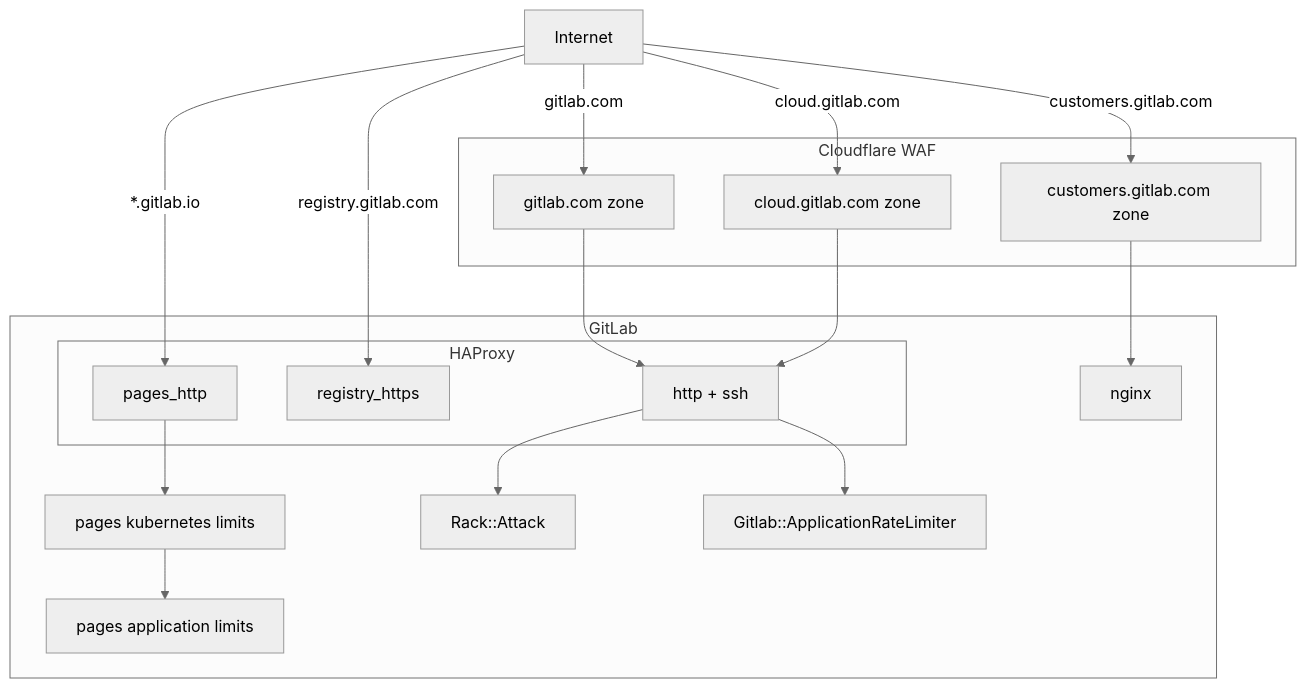
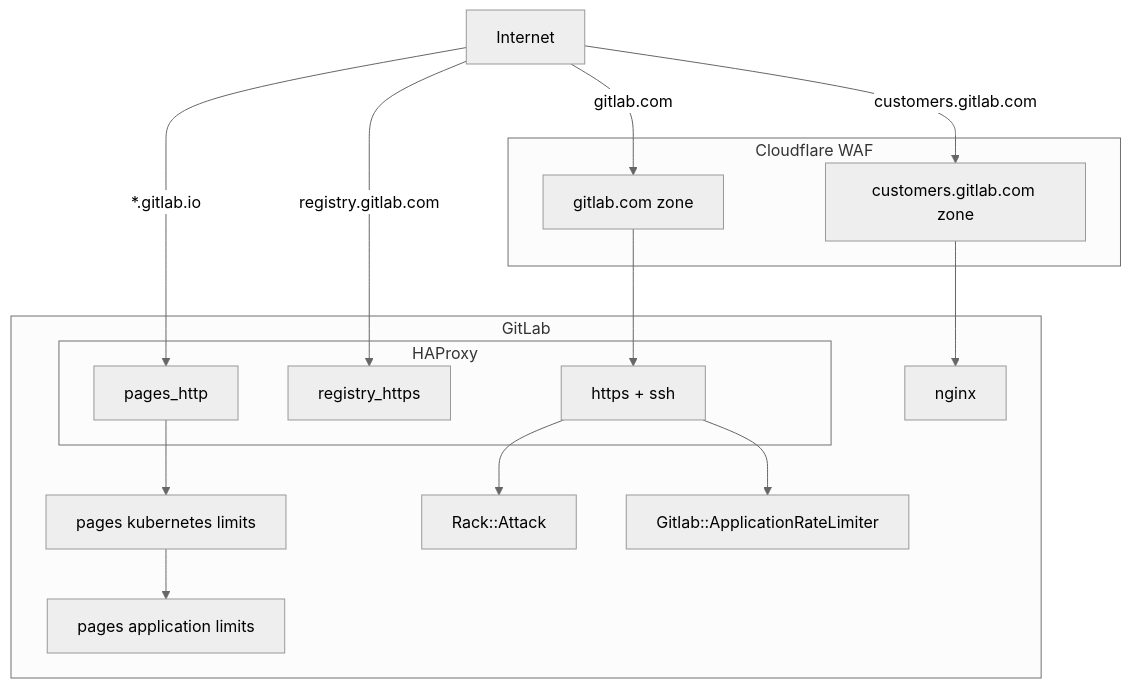
Before and after one commit to secretstartups/handbook: the first of 2 diagrams in content/handbook/engineering/infrastructure/rate-limiting/_index.md, drawn with Mermaid (neutral theme). The commit also changed other lines of this file, not shown here.

Commit message:
Document Cloud Connector rate limits

````diff
--- a/content/handbook/engineering/infrastructure/rate-limiting/_index.md
+++ b/content/handbook/engineering/infrastructure/rate-limiting/_index.md
@@ -20,32 +22,29 @@
 ```mermaid
 flowchart TD
     A[Internet]
     A -->|gitlab.com| D(Cloudflare WAF)
-    A -->|cloud.gitlab.com| E
     A -->|customers.gitlab.com| F
     subgraph ide3 [Cloudflare WAF]
         D[gitlab.com zone]
-        E[cloud.gitlab.com zone]
         F[customers.gitlab.com zone]
     end
     A -->|*.gitlab.io| C
     A -->|registry.gitlab.com| N
     D --> G
-    E --> G
     F --> H
     subgraph ide2 [GitLab]
         subgraph ide1 [HAProxy]
             C[pages_http]
             N[registry_https]
-            G[http + ssh]
+            G[https + ssh]
         end
         C --> K
         H[nginx]
         K[pages kubernetes limits]
         K-->M[pages application limits]
         I[Rack::Attack]
         J[Gitlab::ApplicationRateLimiter]
     end
     G --> I
     G --> J
 ```
````
